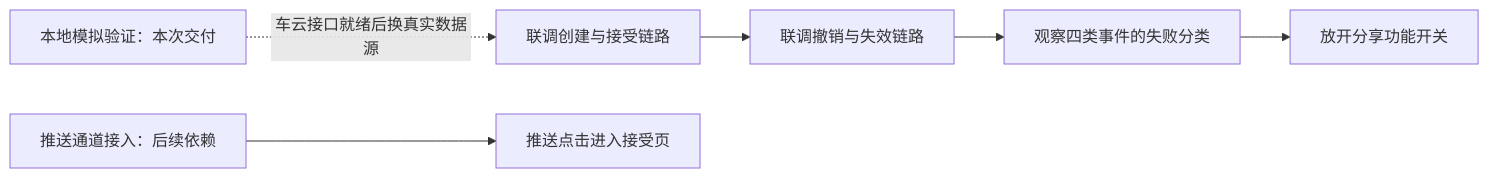
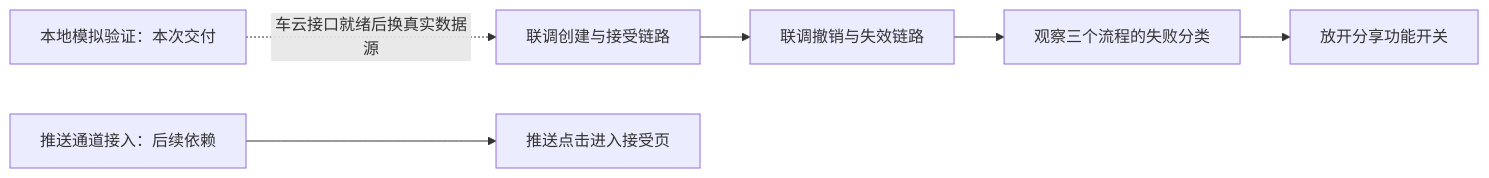
One commit to sqsqsq/SimulatedWalletForHmos changed the fifth of 5 diagrams in doc/plan/2.0.3/2026-10-07-整体设计/实施反馈/金样候选/car-key-sharing/reviewable/AR/story.md. Above: the diagram before and after it, drawn with Mermaid. The commit also changed other lines of this file and 44 other files, not shown here.

````diff
--- a/doc/plan/2.0.3/2026-10-07-整体设计/实施反馈/金样候选/car-key-sharing/reviewable/AR/story.md
+++ b/doc/plan/2.0.3/2026-10-07-整体设计/实施反馈/金样候选/car-key-sharing/reviewable/AR/story.md
@@ -428,8 +428,8 @@
 ```mermaid
 flowchart LR
     S[本地模拟验证：本次交付] -.车云接口就绪后换真实数据源.-> A
     A[联调创建与接受链路] --> B[联调撤销与失效链路]
-    B --> C[观察四类事件的失败分类]
+    B --> C[观察三个流程的失败分类]
     C --> D[放开分享功能开关]
     P[推送通道接入：后续依赖] --> E[推送点击进入接受页]
 ```
````
